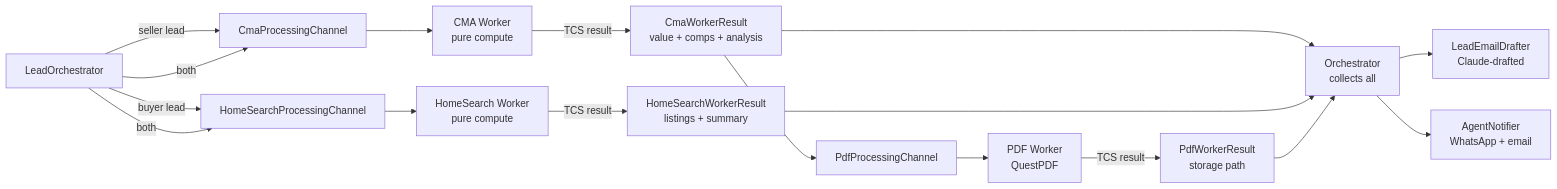
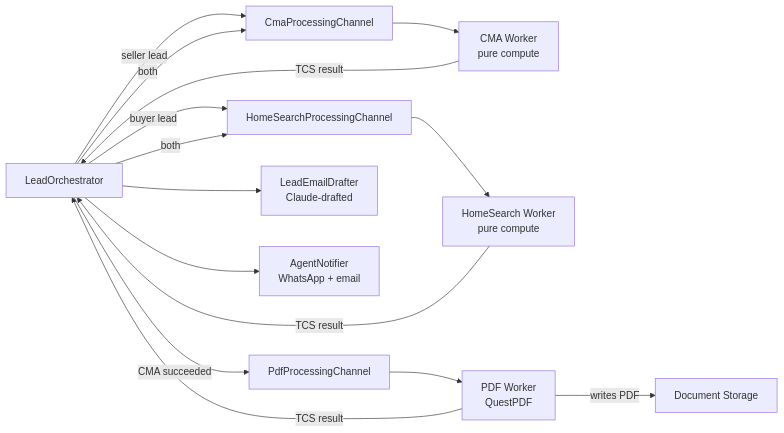
Before and after one commit to edward-rosado/jenisesells-website: the diagram in docs/architecture/worker-dispatch-routing.md, drawn with Mermaid. The commit also changed other lines of this file, not shown here.

Commit message:
docs: fix worker dispatch diagram — orchestrator receives CMA result before dispatching PDF

````diff
--- a/docs/architecture/worker-dispatch-routing.md
+++ b/docs/architecture/worker-dispatch-routing.md
@@ -5,24 +5,21 @@
 ```mermaid
 flowchart LR
     Orch["LeadOrchestrator"] -->|"seller lead"| CmaChannel["CmaProcessingChannel"]
     Orch -->|"buyer lead"| HsChannel["HomeSearchProcessingChannel"]
     Orch -->|"both"| CmaChannel
     Orch -->|"both"| HsChannel
 
     CmaChannel --> CmaWorker["CMA Worker<br/>pure compute"]
     HsChannel --> HsWorker["HomeSearch Worker<br/>pure compute"]
 
-    CmaWorker -->|"TCS result"| CmaResult["CmaWorkerResult<br/>value + comps + analysis"]
-    HsWorker -->|"TCS result"| HsResult["HomeSearchWorkerResult<br/>listings + summary"]
+    CmaWorker -->|"TCS result"| Orch
+    HsWorker -->|"TCS result"| Orch
 
-    CmaResult --> PdfChannel["PdfProcessingChannel"]
+    Orch -->|"CMA succeeded"| PdfChannel["PdfProcessingChannel"]
     PdfChannel --> PdfWorker["PDF Worker<br/>QuestPDF"]
-    PdfWorker -->|"TCS result"| PdfResult["PdfWorkerResult<br/>storage path"]
+    PdfWorker -->|"writes PDF"| Storage["Document Storage"]
+    PdfWorker -->|"TCS result"| Orch
 
-    CmaResult --> Orch2["Orchestrator<br/>collects all"]
-    HsResult --> Orch2
-    PdfResult --> Orch2
-
-    Orch2 --> Email["LeadEmailDrafter<br/>Claude-drafted"]
-    Orch2 --> Agent["AgentNotifier<br/>WhatsApp + email"]
+    Orch --> Email["LeadEmailDrafter<br/>Claude-drafted"]
+    Orch --> Agent["AgentNotifier<br/>WhatsApp + email"]
 ```
````
